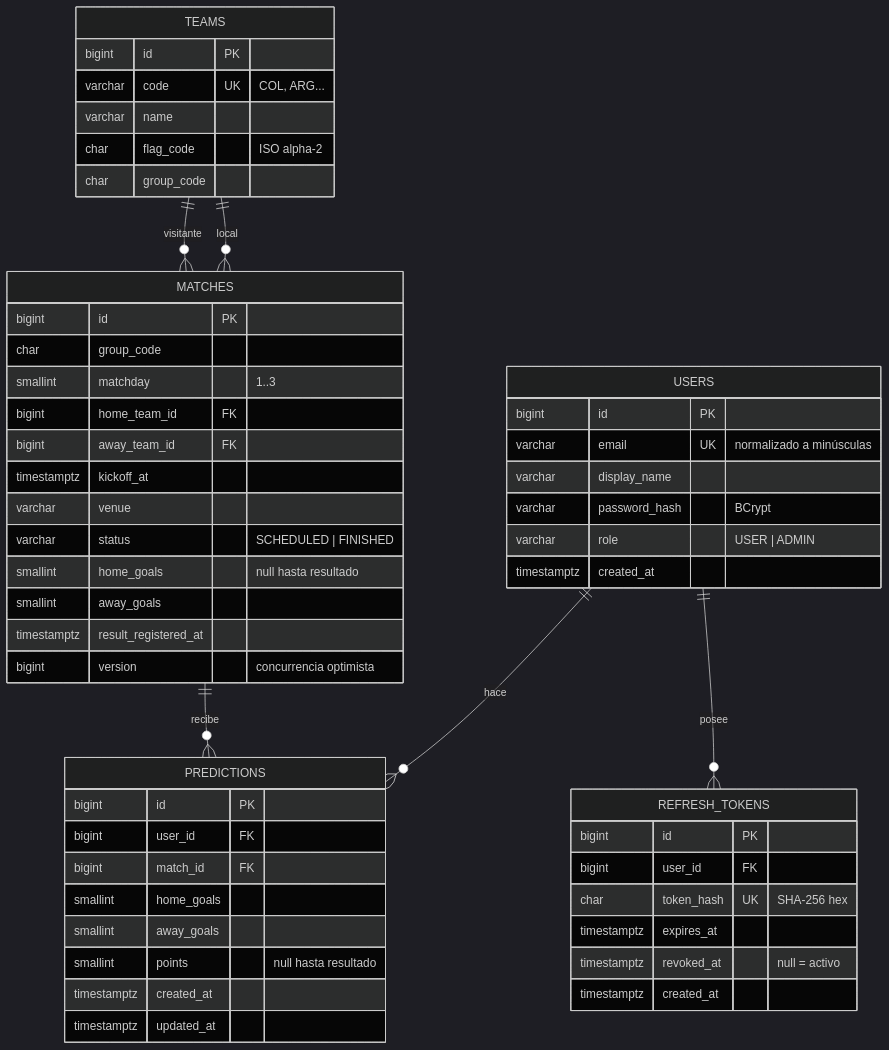
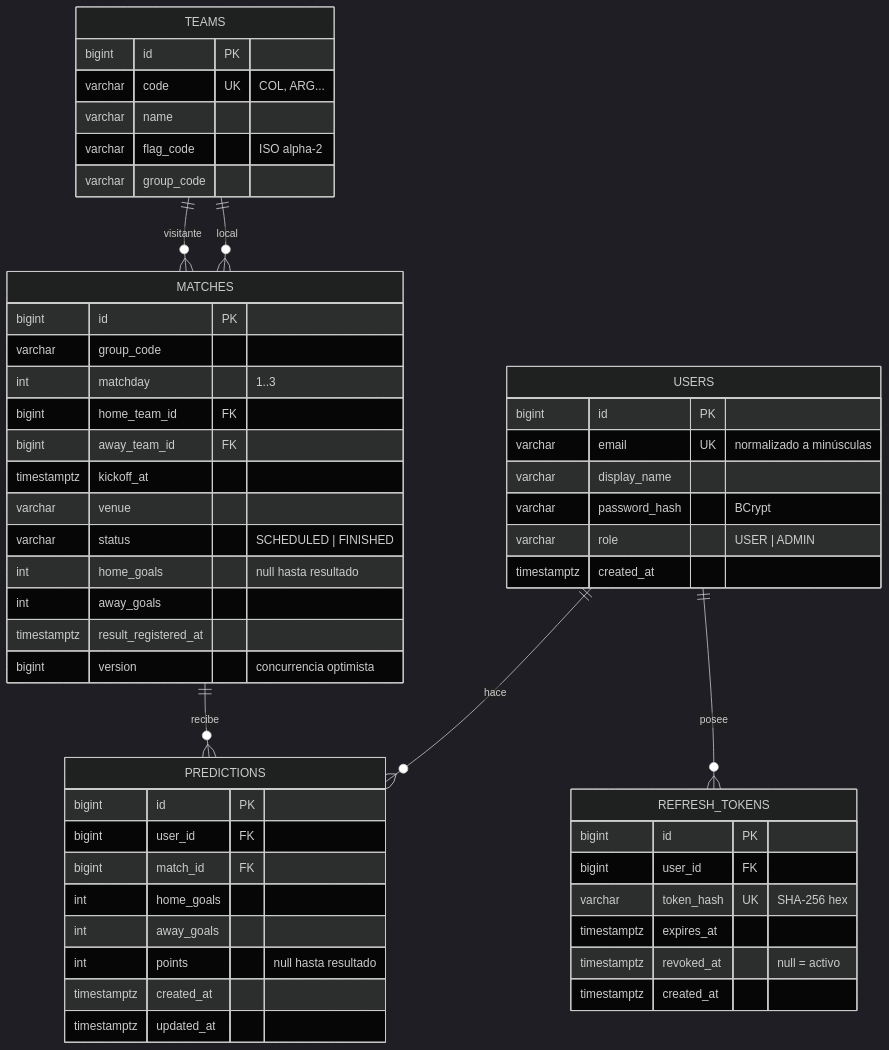
Before and after one commit to leiberbertel/Prueba-t-cnica-AI-First-Full-Stack-Developer-Bizagi: the diagram in specs/database.md, drawn with Mermaid (dark theme).

Commit message:
docs(specs): align DB schema doc with integer/varchar column types

````diff
--- a/specs/database.md
+++ b/specs/database.md
@@ -6,56 +6,56 @@
 ```mermaid
 erDiagram
     USERS ||--o{ PREDICTIONS : hace
     USERS ||--o{ REFRESH_TOKENS : posee
     TEAMS ||--o{ MATCHES : "local"
     TEAMS ||--o{ MATCHES : "visitante"
     MATCHES ||--o{ PREDICTIONS : recibe
 
     USERS {
         bigint id PK
         varchar email UK "normalizado a minúsculas"
         varchar display_name
         varchar password_hash "BCrypt"
         varchar role "USER | ADMIN"
         timestamptz created_at
     }
     REFRESH_TOKENS {
         bigint id PK
         bigint user_id FK
-        char token_hash UK "SHA-256 hex"
+        varchar token_hash UK "SHA-256 hex"
         timestamptz expires_at
         timestamptz revoked_at "null = activo"
         timestamptz created_at
     }
     TEAMS {
         bigint id PK
         varchar code UK "COL, ARG..."
         varchar name
-        char flag_code "ISO alpha-2"
-        char group_code
+        varchar flag_code "ISO alpha-2"
+        varchar group_code
     }
     MATCHES {
         bigint id PK
-        char group_code
-        smallint matchday "1..3"
+        varchar group_code
+        int matchday "1..3"
         bigint home_team_id FK
         bigint away_team_id FK
         timestamptz kickoff_at
         varchar venue
         varchar status "SCHEDULED | FINISHED"
-        smallint home_goals "null hasta resultado"
-        smallint away_goals
+        int home_goals "null hasta resultado"
+        int away_goals
         timestamptz result_registered_at
         bigint version "concurrencia optimista"
     }
     PREDICTIONS {
         bigint id PK
         bigint user_id FK
         bigint match_id FK
-        smallint home_goals
-        smallint away_goals
-        smallint points "null hasta resultado"
+        int home_goals
+        int away_goals
+        int points "null hasta resultado"
         timestamptz created_at
         timestamptz updated_at
     }
 ```
````
